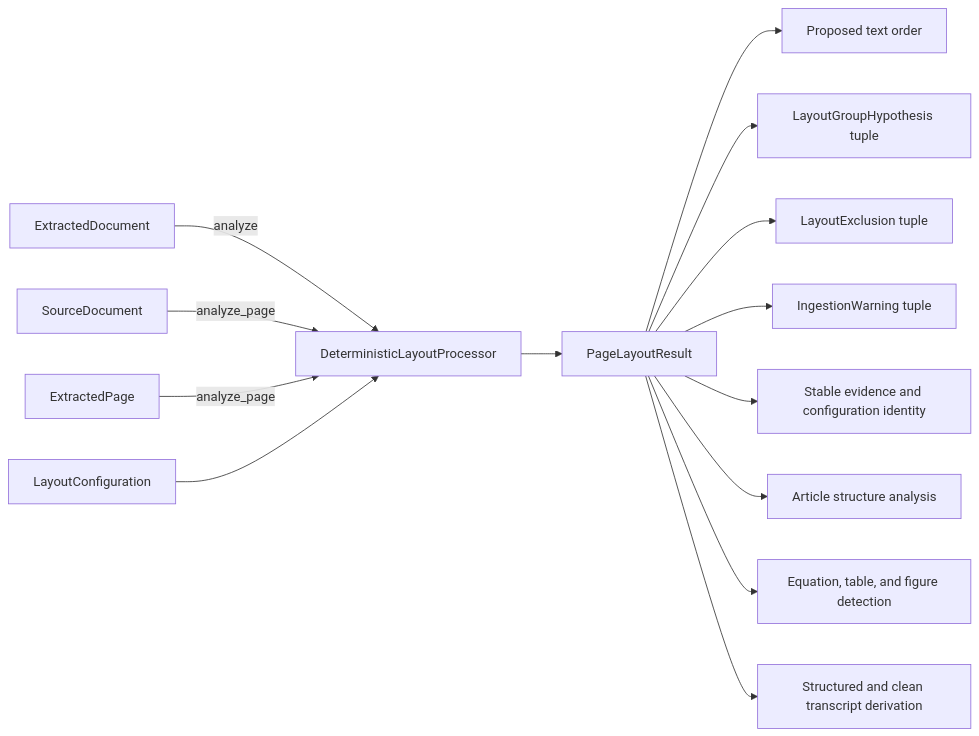
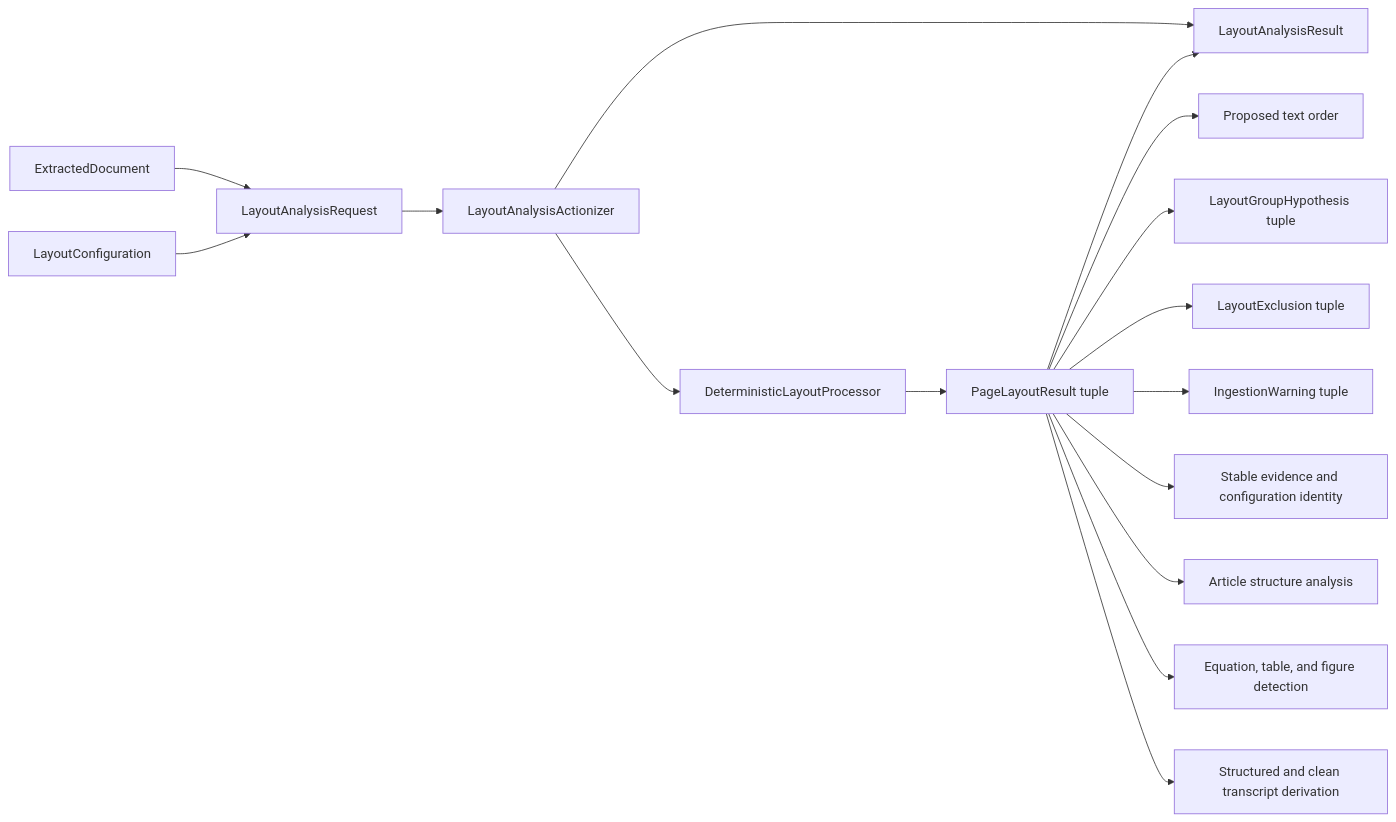
One commit to eragasa/projectkoios-ingestion changed the diagram in docs/architecture/ingestion/v0/deterministic/layout/index.md. Above: the diagram before and after it, drawn with Mermaid. The commit also changed other lines of this file and 11 other files, not shown here.

Commit message:
Establish layout analysis actionizer boundary

````diff
--- a/docs/architecture/ingestion/v0/deterministic/layout/index.md
+++ b/docs/architecture/ingestion/v0/deterministic/layout/index.md
@@ -30,20 +31,20 @@
 ```mermaid
 flowchart LR
-    Document[ExtractedDocument] -->|analyze| Processor
-    Source[SourceDocument] -->|analyze_page| Processor
-    Page[ExtractedPage] -->|analyze_page| Processor
-    Config[LayoutConfiguration] --> Processor
-
-    Processor[DeterministicLayoutProcessor]
-    Processor --> Result[PageLayoutResult]
+    Document[ExtractedDocument] --> Request[LayoutAnalysisRequest]
+    Config[LayoutConfiguration] --> Request
+    Request --> Actionizer[LayoutAnalysisActionizer]
+    Actionizer --> ActionResult[LayoutAnalysisResult]
+    Actionizer --> Processor[DeterministicLayoutProcessor]
+    Processor --> Result[PageLayoutResult tuple]
+    Result --> ActionResult
 
     Result --> Order[Proposed text order]
     Result --> Groups[LayoutGroupHypothesis tuple]
     Result --> Exclusions[LayoutExclusion tuple]
     Result --> Warnings[IngestionWarning tuple]
     Result --> Identity[Stable evidence and configuration identity]
 
     Result --> Structure[Article structure analysis]
     Result --> Candidates[Equation, table, and figure detection]
     Result --> Transcript[Structured and clean transcript derivation]
 ```
````
